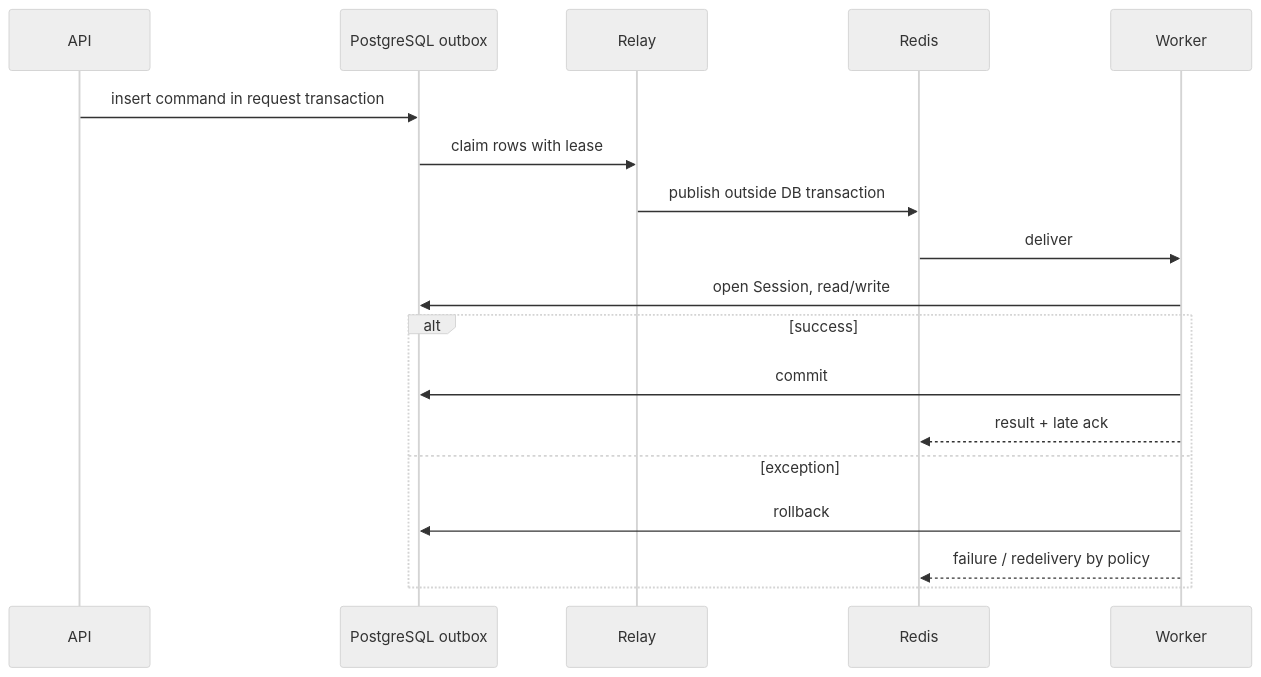
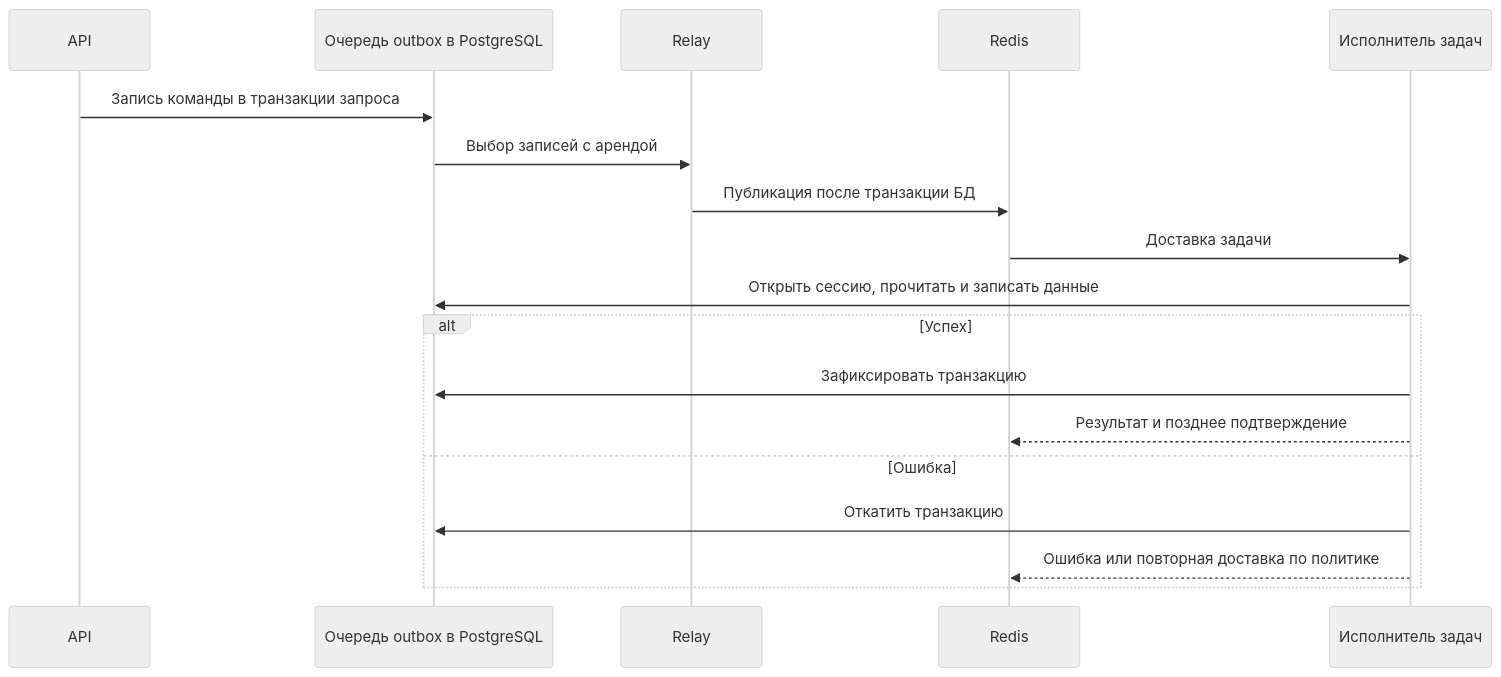
The diagram in docs/architecture/background-jobs.md (vladweat/landlords), drawn with Mermaid (neutral theme) before and after one commit. The commit also changed other lines of this file and 8 other files, not shown here.

````diff
--- a/docs/architecture/background-jobs.md
+++ b/docs/architecture/background-jobs.md
@@ -99,21 +112,20 @@
 ```mermaid
 sequenceDiagram
   participant API
-  participant DB as PostgreSQL outbox
+  participant DB as Очередь outbox в PostgreSQL
   participant Relay
   participant Redis
-  participant Worker
-  participant DB
-  API->>DB: insert command in request transaction
-  DB->>Relay: claim rows with lease
-  Relay->>Redis: publish outside DB transaction
-  Redis->>Worker: deliver
-  Worker->>DB: open Session, read/write
-  alt success
-    Worker->>DB: commit
-    Worker-->>Redis: result + late ack
-  else exception
-    Worker->>DB: rollback
-    Worker-->>Redis: failure / redelivery by policy
+  participant Executor as Исполнитель задач
+  API->>DB: Запись команды в транзакции запроса
+  DB->>Relay: Выбор записей с арендой
+  Relay->>Redis: Публикация после транзакции БД
+  Redis->>Executor: Доставка задачи
+  Executor->>DB: Открыть сессию, прочитать и записать данные
+  alt Успех
+    Executor->>DB: Зафиксировать транзакцию
+    Executor-->>Redis: Результат и позднее подтверждение
+  else Ошибка
+    Executor->>DB: Откатить транзакцию
+    Executor-->>Redis: Ошибка или повторная доставка по политике
   end
 ```
````
